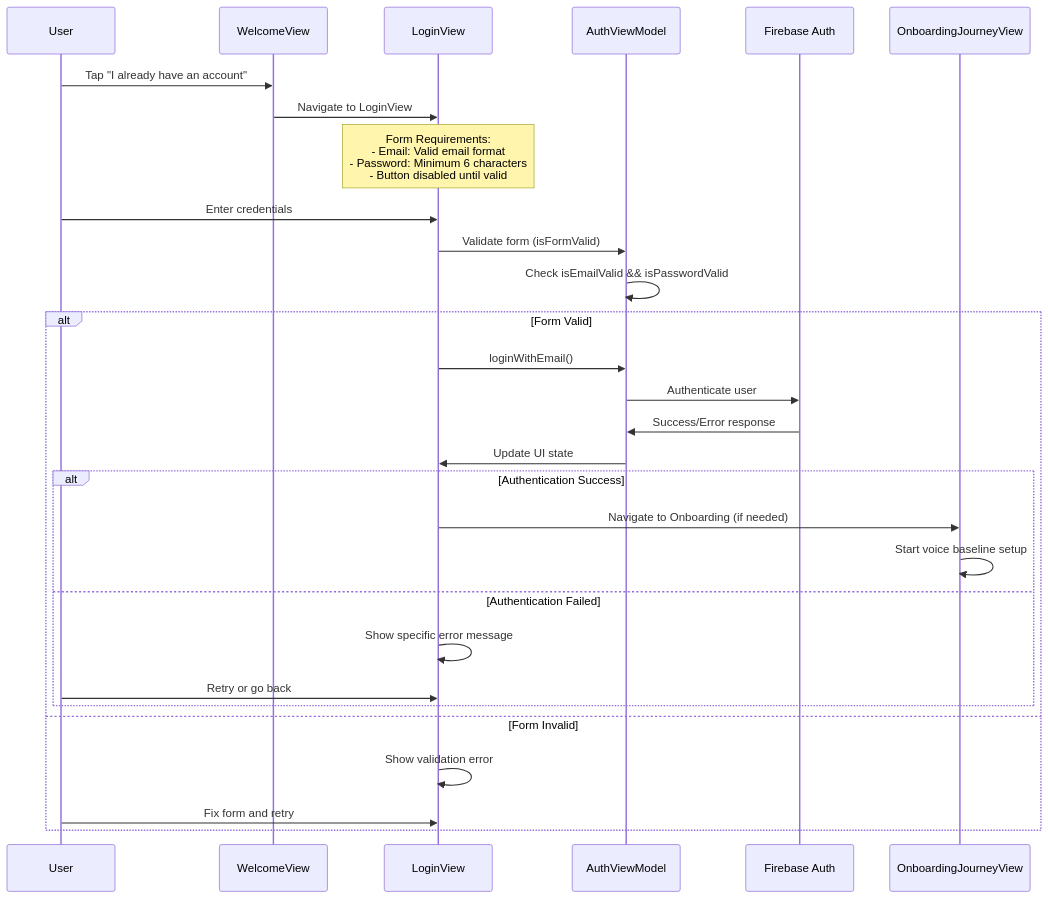
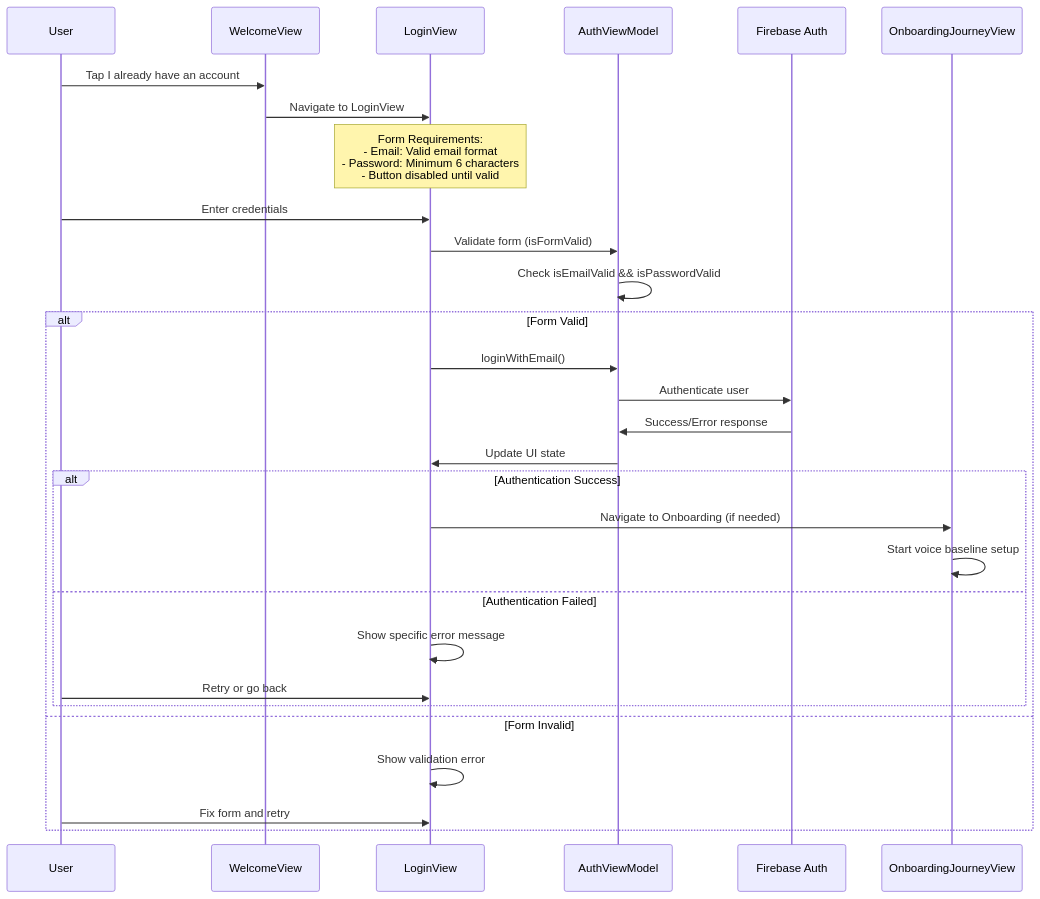
The third of 17 diagrams in USER_JOURNEY.md (PoisonIvory/sage), drawn with Mermaid before and after one commit. The commit also changed other lines of this file, not shown here.

Commit message:
Fix Mermaid syntax errors by removing quotes from arrow labels

````diff
--- a/USER_JOURNEY.md
+++ b/USER_JOURNEY.md
@@ -88,36 +88,36 @@
 ```mermaid
 sequenceDiagram
     participant U as User
     participant W as WelcomeView
     participant L as LoginView
     participant A as AuthViewModel
     participant F as Firebase Auth
     participant O as OnboardingJourneyView
     
-    U->>W: Tap "I already have an account"
+    U->>W: Tap I already have an account
     W->>L: Navigate to LoginView
     
     Note over L: Form Requirements:<br/>- Email: Valid email format<br/>- Password: Minimum 6 characters<br/>- Button disabled until valid
     
     U->>L: Enter credentials
     L->>A: Validate form (isFormValid)
     A->>A: Check isEmailValid && isPasswordValid
     
     alt Form Valid
         L->>A: loginWithEmail()
         A->>F: Authenticate user
         F->>A: Success/Error response
         A->>L: Update UI state
         
         alt Authentication Success
             L->>O: Navigate to Onboarding (if needed)
             O->>O: Start voice baseline setup
         else Authentication Failed
             L->>L: Show specific error message
             U->>L: Retry or go back
         end
     else Form Invalid
         L->>L: Show validation error
         U->>L: Fix form and retry
     end
 ```
````
